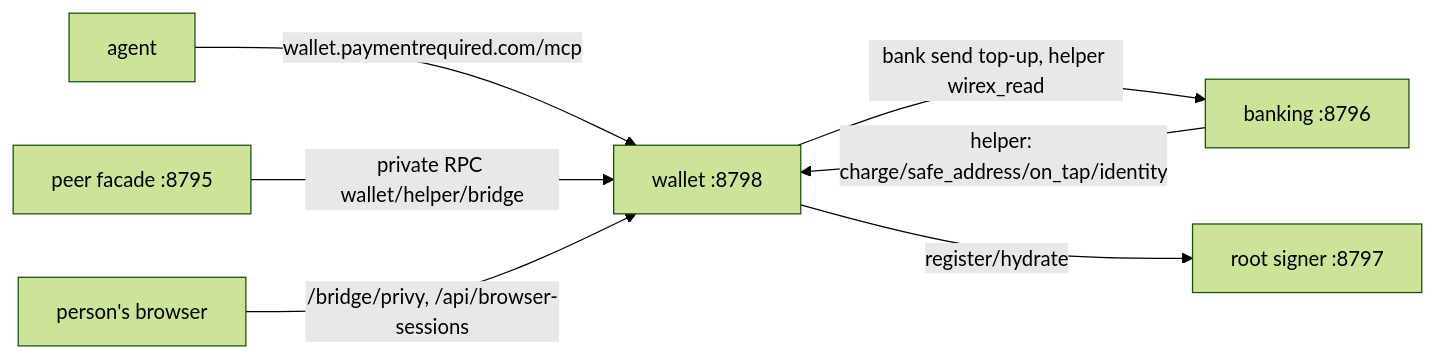
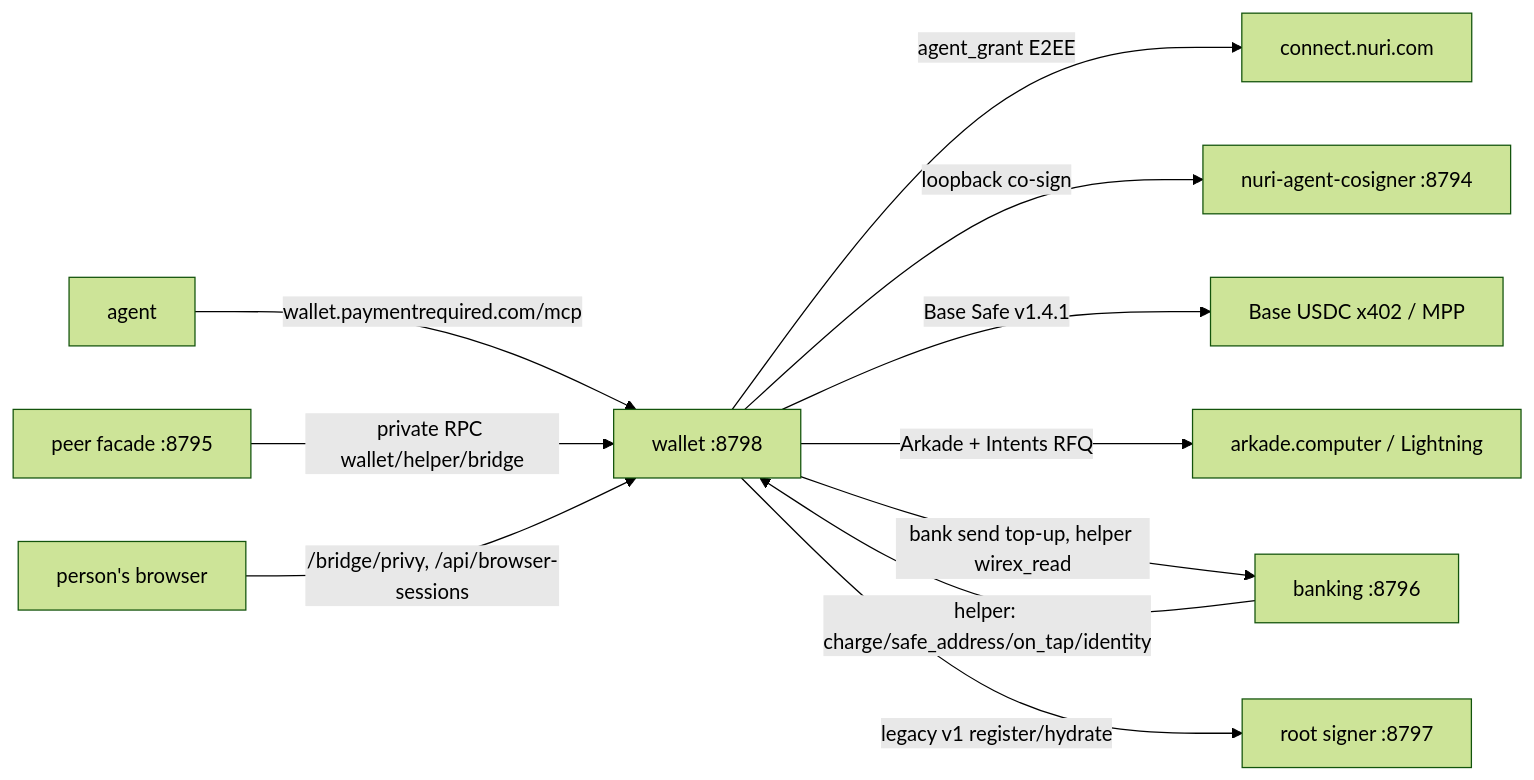
One commit to nuri-com/wallet-paymentrequired-com changed the diagram in README.md. Above: the diagram before and after it, drawn with Mermaid (forest theme). The commit also changed other lines of this file and 22 other files, not shown here.

Commit message:
feat: Nuri Passkey PRF v2 dual-rail Safe USDC + Arkade/Lightning 4-action MCP wallet

````diff
--- a/README.md
+++ b/README.md
@@ -8,9 +20,13 @@
 ```mermaid
 flowchart LR
   AG[agent] -- wallet.paymentrequired.com/mcp --> W[wallet :8798]
+  W -- agent_grant E2EE --> CN[connect.nuri.com]
+  W -- loopback co-sign --> CS[nuri-agent-cosigner :8794]
+  W -- Base Safe v1.4.1 --> BASE[Base USDC x402 / MPP]
+  W -- Arkade + Intents RFQ --> ARK[arkade.computer / Lightning]
   A[peer facade :8795] -- private RPC wallet/helper/bridge --> W
   B[banking :8796] -- helper: charge/safe_address/on_tap/identity --> W
   W -- bank send top-up, helper wirex_read --> B
-  W -- register/hydrate --> S[root signer :8797]
+  W -- legacy v1 register/hydrate --> S[root signer :8797]
   P[person's browser] -- /bridge/privy, /api/browser-sessions --> W
 ```
````
